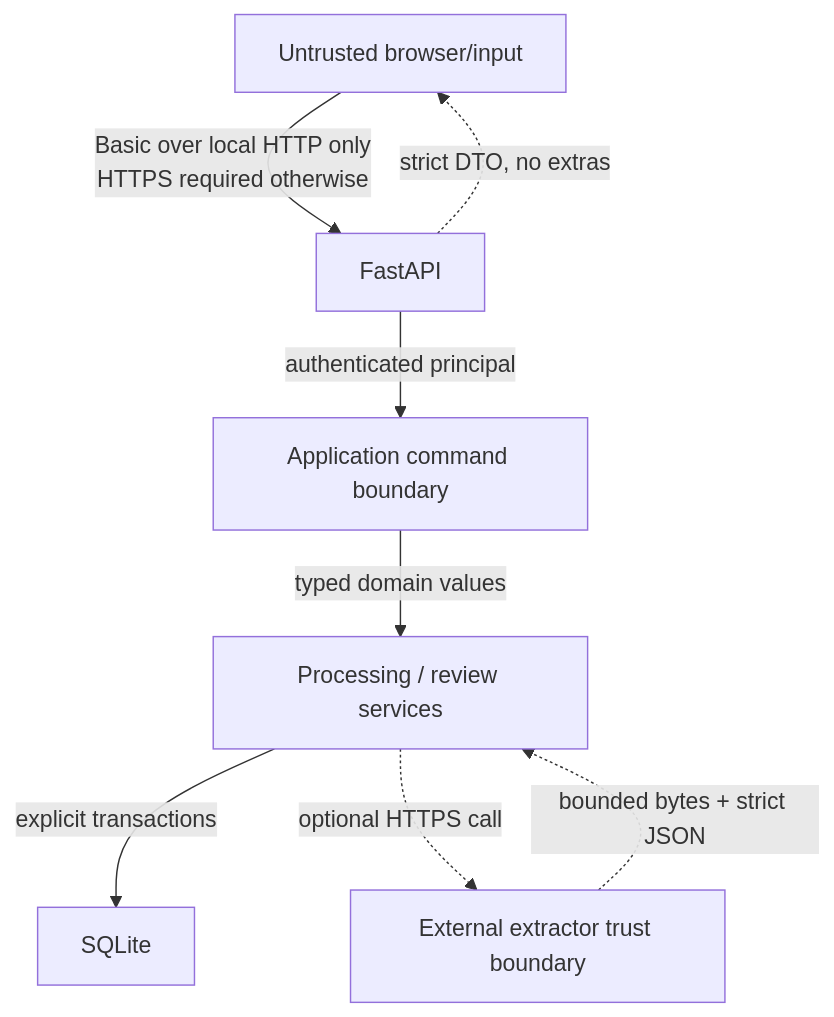
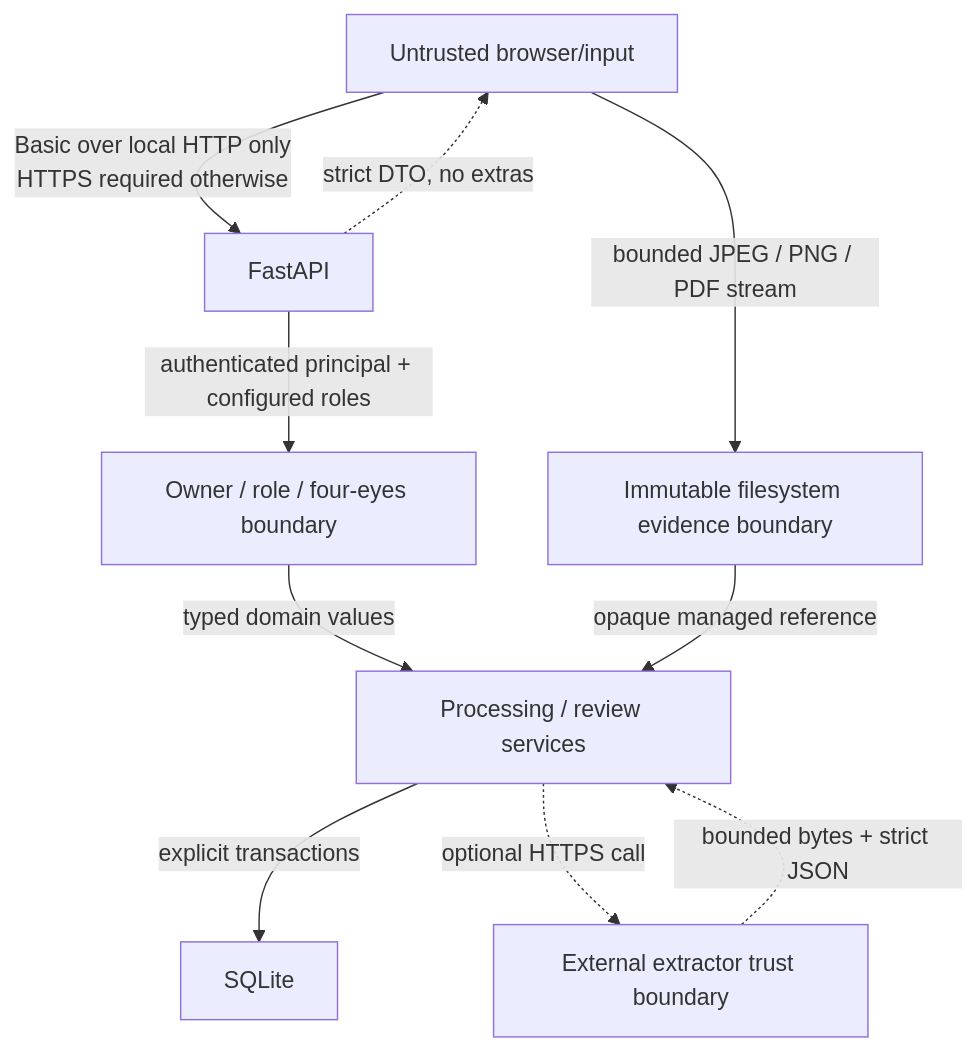
Before and after one commit to Dev-Luigy/automation_luigygabriel: the sixth of 8 diagrams in docs/architecture.md, drawn with Mermaid. The commit also changed other lines of this file and 10 other files, not shown here.

Commit message:
docs: align architecture and traceability model

````diff
--- a/docs/architecture.md
+++ b/docs/architecture.md
@@ -191,11 +286,13 @@
 ```mermaid
 flowchart TB
     Browser["Untrusted browser/input"] -->|"Basic over local HTTP only\nHTTPS required otherwise"| FastAPI
-    FastAPI -->|"authenticated principal"| Authorization["Application command boundary"]
+    FastAPI -->|"authenticated principal + configured roles"| Authorization["Owner / role / four-eyes boundary"]
     Authorization -->|"typed domain values"| Services["Processing / review services"]
     Services -->|"explicit transactions"| SQLite
     Services -. "optional HTTPS call" .-> Provider["External extractor trust boundary"]
+    Browser -->|"bounded JPEG / PNG / PDF stream"| Attachment["Immutable filesystem evidence boundary"]
+    Attachment -->|"opaque managed reference"| Services
 
     FastAPI -. "strict DTO, no extras" .-> Browser
     Provider -. "bounded bytes + strict JSON" .-> Services
 ```
````
